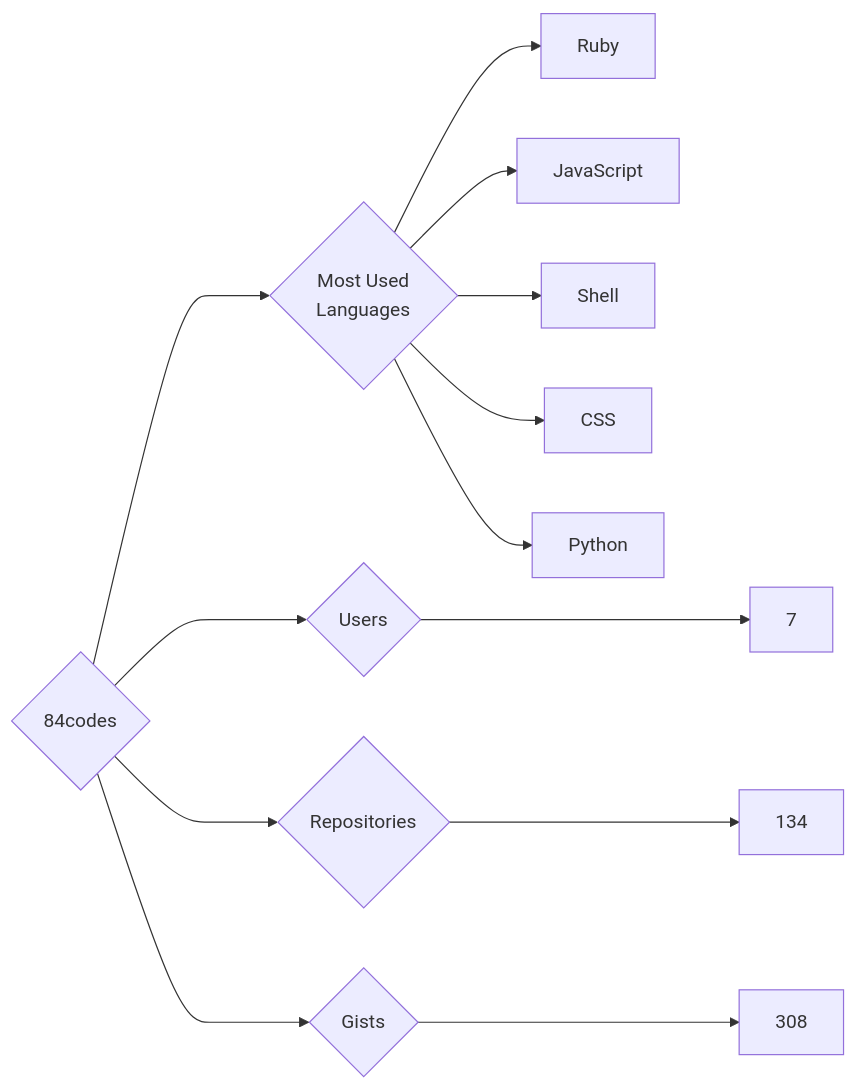
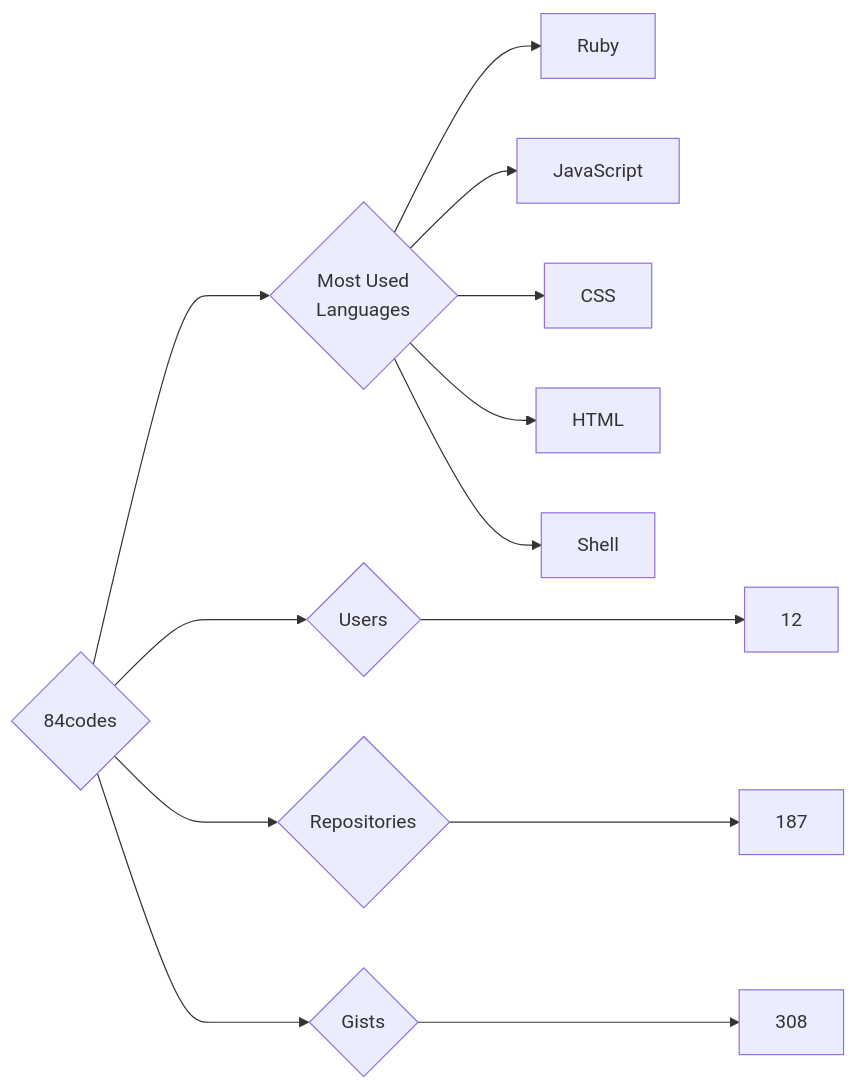
Before and after one commit to trickest/insiders: the diagram in targets/84codes/README.md, drawn with Mermaid. The commit also changed 594 other files, not shown here.

````diff
--- a/targets/84codes/README.md
+++ b/targets/84codes/README.md
@@ -3,13 +3,13 @@
 ```mermaid
 graph LR
 COMPANY_NAME{84codes}
-COMPANY_NAME ---> U{Users} ---> UN[7]
-COMPANY_NAME ---> R{Repositories} ---> RN[134]
+COMPANY_NAME ---> U{Users} ---> UN[12]
+COMPANY_NAME ---> R{Repositories} ---> RN[187]
 COMPANY_NAME ---> G{Gists} ---> GN[308]
 COMPANY_NAME ---> ML{Most Used<br>Languages}
 ML --> Ruby[Ruby]
 ML --> JavaScript[JavaScript]
+ML --> CSS[CSS]
+ML --> HTML[HTML]
 ML --> Shell[Shell]
-ML --> CSS[CSS]
-ML --> Python[Python]
 ```
````
